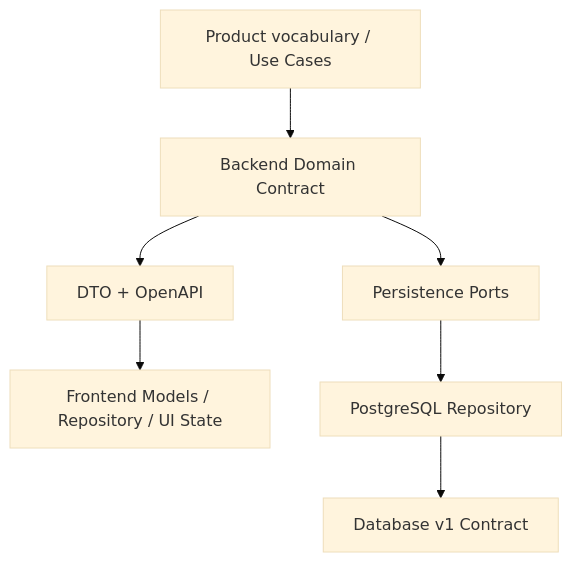
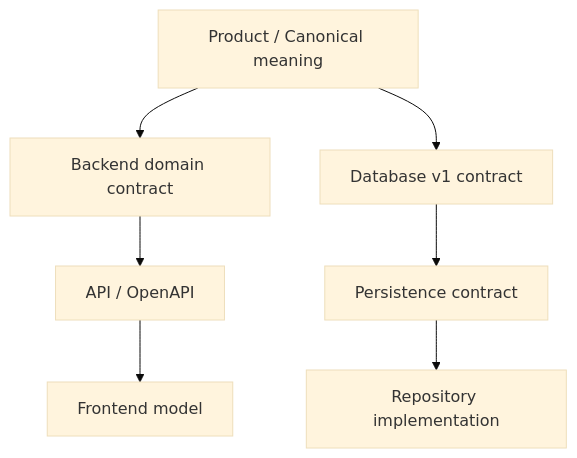
Before and after one commit to Danh20100/moibile_app: the second of 4 diagrams in docs/contexts/integration-contracts.md, drawn with Mermaid (base theme). The commit also changed other lines of this file and 9 other files, not shown here.

````diff
--- a/docs/contexts/integration-contracts.md
+++ b/docs/contexts/integration-contracts.md
@@ -7,17 +22,9 @@
 ```mermaid
 flowchart TD
-    P[Product vocabulary / Use Cases]
-    D[Backend Domain Contract]
-    API[DTO + OpenAPI]
-    FE[Frontend Models / Repository / UI State]
-    PP[Persistence Ports]
-    DBI[PostgreSQL Repository]
-    DBC[Database v1 Contract]
-
-    P --> D
-    D --> API
-    API --> FE
-    D --> PP
-    PP --> DBI
-    DBI --> DBC
+    PRODUCT["Product / Canonical meaning"] --> DOMAIN["Backend domain contract"]
+    DOMAIN --> API["API / OpenAPI"]
+    API --> FE["Frontend model"]
+    PRODUCT --> DBC["Database v1 contract"]
+    DBC --> PORT["Persistence contract"]
+    PORT --> REPO["Repository implementation"]
 ```
````
